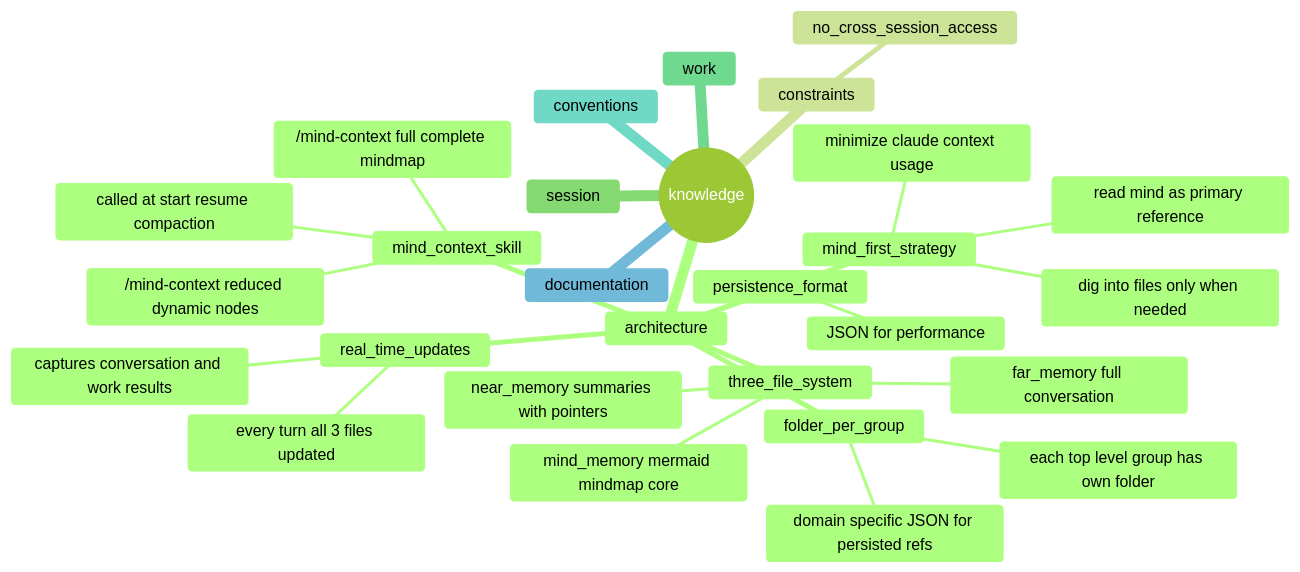
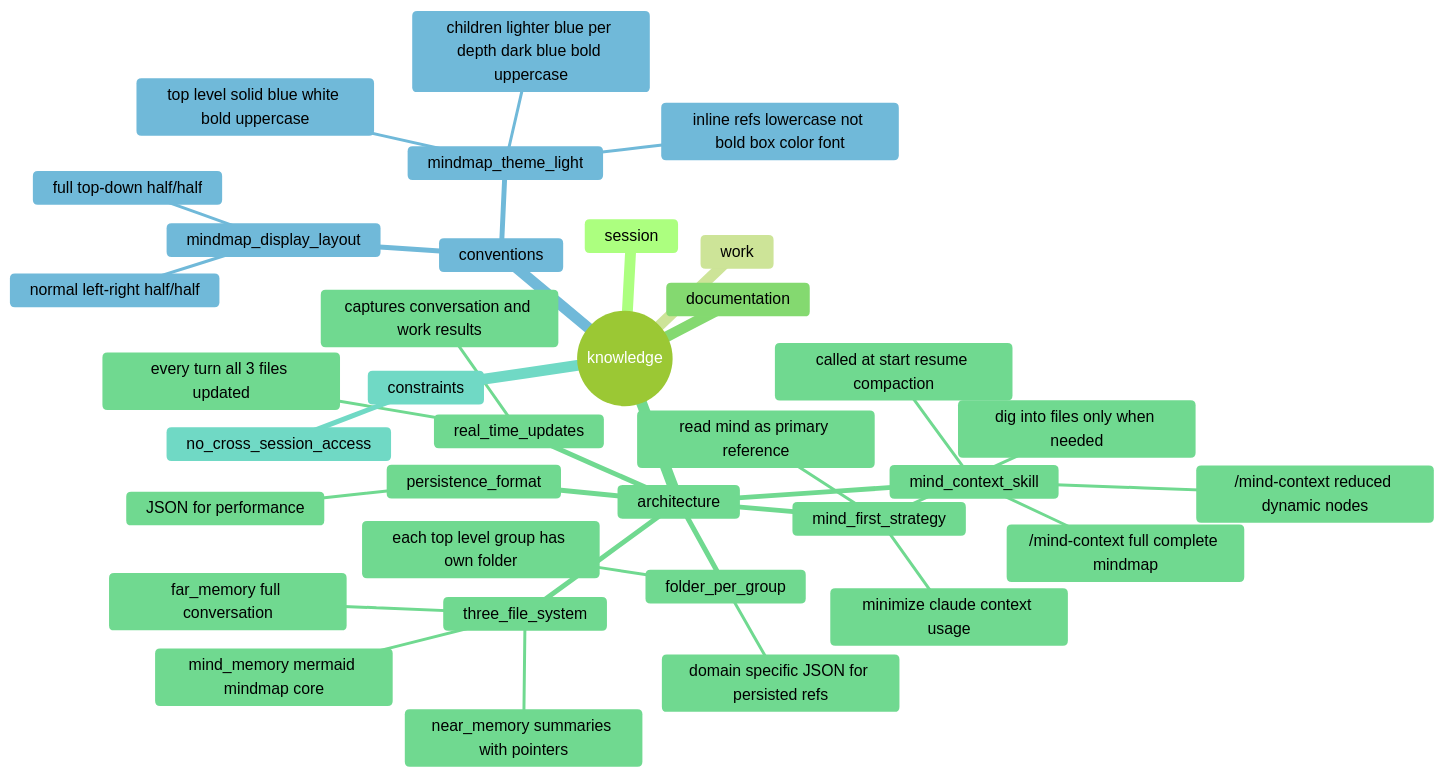
Before and after one commit to packetqc/K_DOCS: the diagram in mind/mind_memory.md, drawn with Mermaid (forest theme). The commit also changed 4 other files, not shown here.

First line of the commit message:
feat: add display layout + light theme conventions

````diff
--- a/mind/mind_memory.md
+++ b/mind/mind_memory.md
@@ -1,31 +1,38 @@
 ```mermaid
 mindmap
   root((knowledge))
+    session
+    work
+    documentation
     architecture
       persistence_format
         JSON for performance
       three_file_system
         far_memory full conversation
         near_memory summaries with pointers
         mind_memory mermaid mindmap core
       mind_first_strategy
         read mind as primary reference
         dig into files only when needed
         minimize claude context usage
       real_time_updates
         every turn all 3 files updated
         captures conversation and work results
       folder_per_group
         each top level group has own folder
         domain specific JSON for persisted refs
       mind_context_skill
         /mind-context reduced dynamic nodes
         /mind-context full complete mindmap
         called at start resume compaction
     constraints
       no_cross_session_access
-    session
-    work
     conventions
-    documentation
+      mindmap_display_layout
+        full top-down half/half
+        normal left-right half/half
+      mindmap_theme_light
+        top level solid blue white bold uppercase
+        children lighter blue per depth dark blue bold uppercase
+        inline refs lowercase not bold box color font
 ```
````
